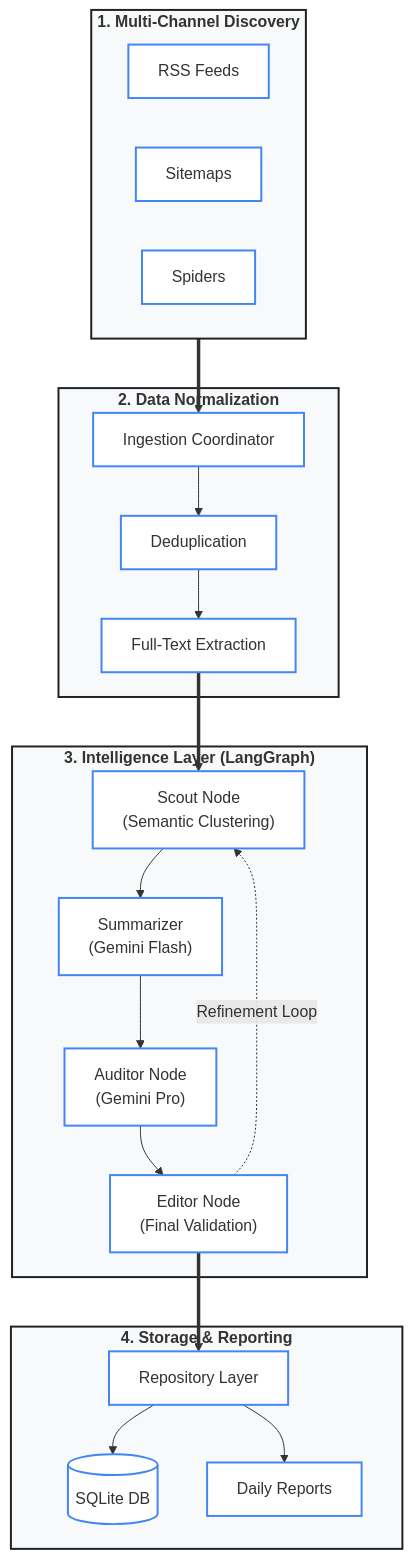
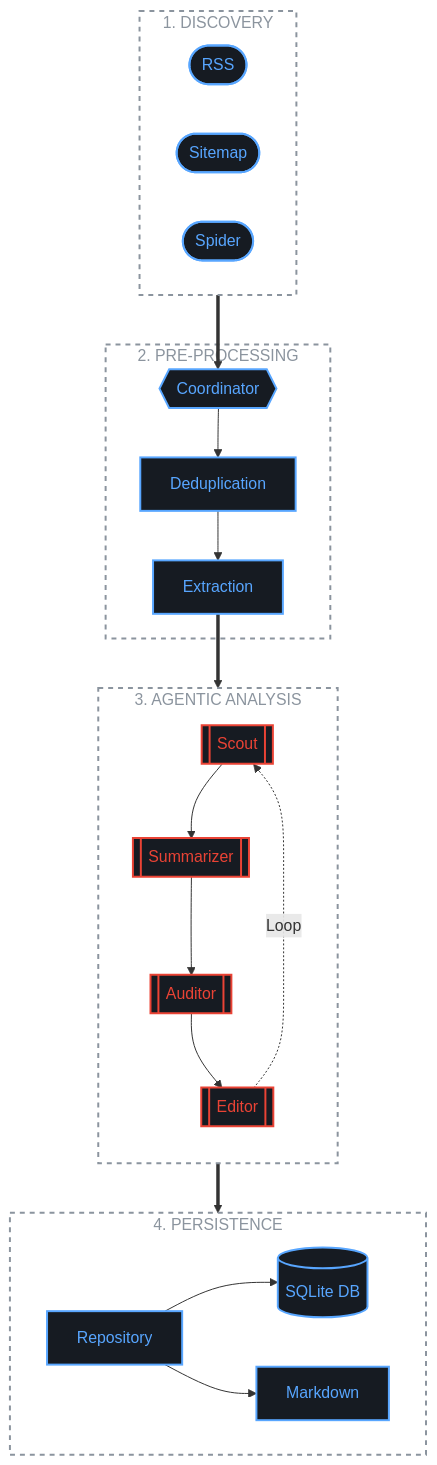
Before and after one commit to ronmkr/newsfeed: the diagram in Roadmap.md, drawn with Mermaid. The commit also changed 1 other file, not shown here.

Commit message:
docs: Optimize Mermaid diagrams for dark mode readability

````diff
--- a/Roadmap.md
+++ b/Roadmap.md
@@ -9,44 +9,48 @@
 ```mermaid
 flowchart TD
-    subgraph Data_Sources ["1. Multi-Channel Discovery"]
+    subgraph STAGE_1 ["1. DISCOVERY"]
         direction LR
-        RSS["RSS Feeds"]
-        XML["Sitemaps"]
-        HTML["Spiders"]
+        RSS([RSS])
+        XML([Sitemap])
+        WEB([Spider])
     end
 
-    subgraph Pre_Processing ["2. Data Normalization"]
-        IC["Ingestion Coordinator"]
+    subgraph STAGE_2 ["2. PRE-PROCESSING"]
+        IC{{"Coordinator"}}
         DDP["Deduplication"]
-        FTE["Full-Text Extraction"]
+        FTE["Extraction"]
     end
 
-    subgraph Agentic_Core ["3. Intelligence Layer (LangGraph)"]
-        SN["Scout Node<br/>(Semantic Clustering)"]
-        SUM["Summarizer<br/>(Gemini Flash)"]
-        AUD["Auditor Node<br/>(Gemini Pro)"]
-        ED["Editor Node<br/>(Final Validation)"]
+    subgraph STAGE_3 ["3. AGENTIC ANALYSIS"]
+        direction TB
+        SN[["Scout"]]
+        SUM[["Summarizer"]]
+        AUD[["Auditor"]]
+        ED[["Editor"]]
     end
 
-    subgraph Persistence ["4. Storage & Reporting"]
-        RPL["Repository Layer"]
+    subgraph STAGE_4 ["4. PERSISTENCE"]
+        direction LR
+        REPO["Repository"]
         SQL[("SQLite DB")]
-        MD["Daily Reports"]
+        MD["Markdown"]
     end
 
-    %% Flow
-    Data_Sources ==> IC
+    %% Flow Connections
+    STAGE_1 ==> IC
     IC --> DDP --> FTE
     FTE ==> SN
     SN --> SUM --> AUD --> ED
-    ED -.->|Refinement Loop| SN
-    ED ==> RPL
-    RPL --> SQL & MD
+    ED -.->|Loop| SN
+    ED ==> REPO
+    REPO --> SQL & MD
 
-    %% Styling
-    classDef layer fill:#f8f9fa,stroke:#202124,stroke-width:2px,font-weight:bold
-    classDef item fill:#ffffff,stroke:#4285f4,stroke-width:2px
+    %% Dark-Mode Friendly Technical Styling
+    classDef stage fill:none,stroke:#8b949e,stroke-width:2px,stroke-dasharray: 5 5,color:#8b949e;
+    classDef item fill:#161b22,stroke:#58a6ff,stroke-width:2px,color:#58a6ff;
+    classDef ai fill:#161b22,stroke:#ea4335,stroke-width:2px,color:#ea4335;
 
-    class Data_Sources,Pre_Processing,Agentic_Core,Persistence layer
-    class RSS,XML,HTML,IC,DDP,FTE,SN,SUM,AUD,ED,RPL,SQL,MD item
+    class STAGE_1,STAGE_2,STAGE_3,STAGE_4 stage;
+    class RSS,XML,WEB,IC,DDP,FTE,REPO,SQL,MD item;
+    class SN,SUM,AUD,ED ai;
 ```
````
